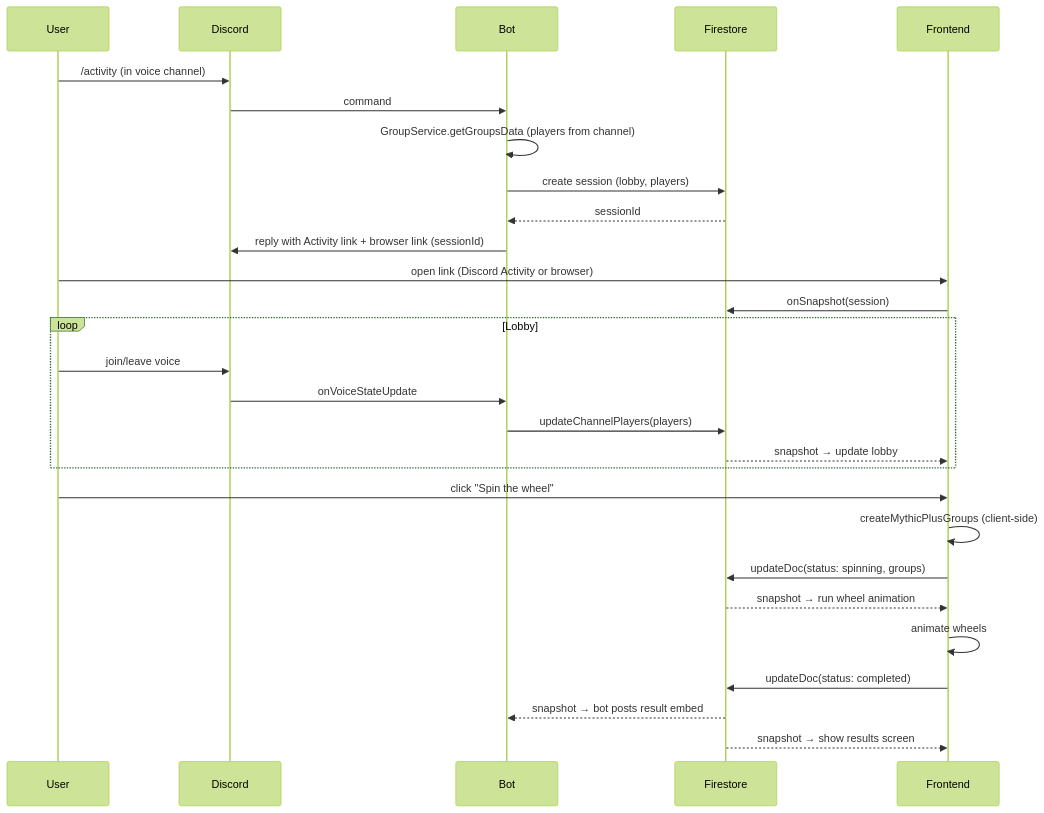
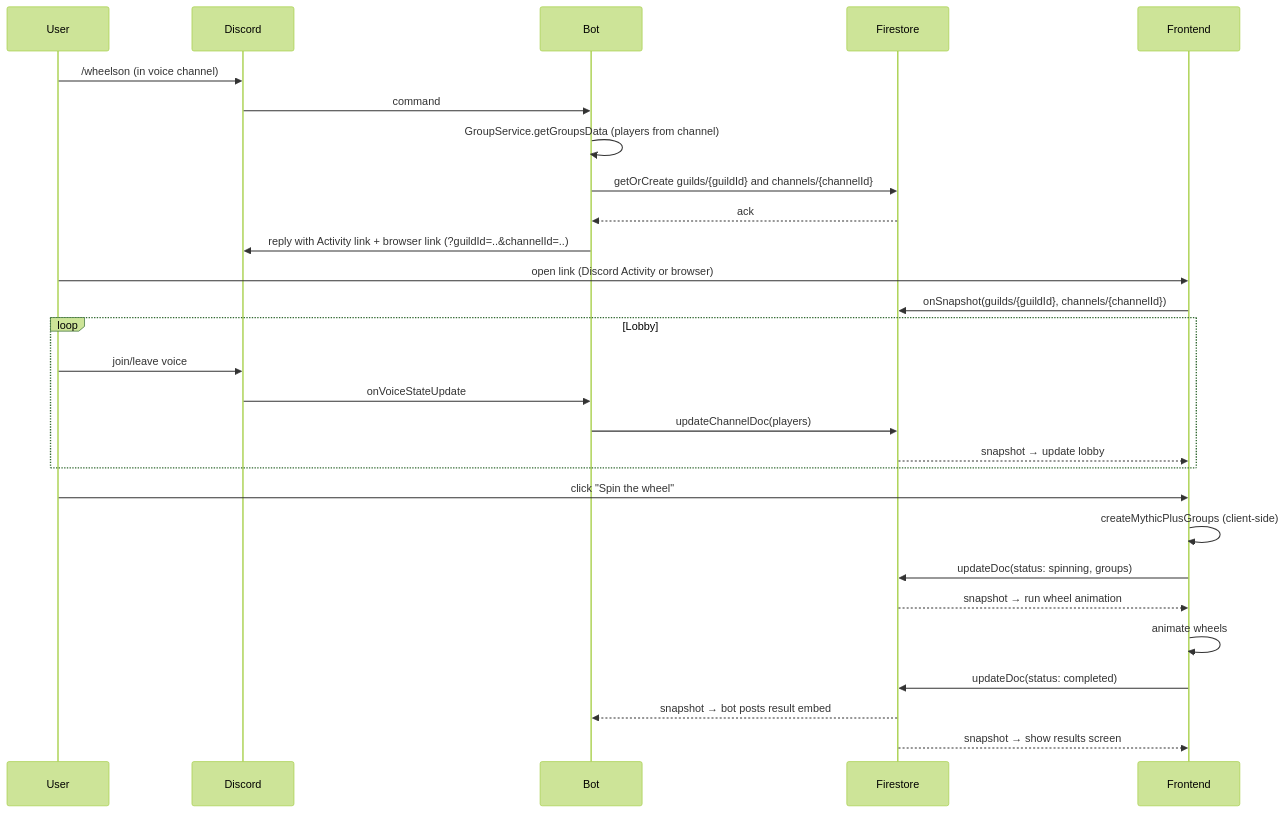
One commit to TytaniumDev/MythicPlusDiscordBot changed the fourth of 5 diagrams in ARCHITECTURE.md. Above: the diagram before and after it, drawn with Mermaid (forest theme). The commit also changed other lines of this file and 3 other files, not shown here.

First line of the commit message:
docs: align ARCHITECTURE/ACTIVITY_SETUP/FIREBASE_SETUP/DEPLOYMENT with repo state (#532)

````diff
--- a/ARCHITECTURE.md
+++ b/ARCHITECTURE.md
@@ -208,33 +253,33 @@
 ```mermaid
 sequenceDiagram
     participant User
     participant Discord
     participant Bot
     participant Firestore
     participant Frontend
 
-    User->>Discord: /activity (in voice channel)
+    User->>Discord: /wheelson (in voice channel)
     Discord->>Bot: command
     Bot->>Bot: GroupService.getGroupsData (players from channel)
-    Bot->>Firestore: create session (lobby, players)
-    Firestore-->>Bot: sessionId
-    Bot->>Discord: reply with Activity link + browser link (sessionId)
+    Bot->>Firestore: getOrCreate guilds/{guildId} and channels/{channelId}
+    Firestore-->>Bot: ack
+    Bot->>Discord: reply with Activity link + browser link (?guildId=..&channelId=..)
     User->>Frontend: open link (Discord Activity or browser)
-    Frontend->>Firestore: onSnapshot(session)
+    Frontend->>Firestore: onSnapshot(guilds/{guildId}, channels/{channelId})
 
     loop Lobby
         User->>Discord: join/leave voice
         Discord->>Bot: onVoiceStateUpdate
-        Bot->>Firestore: updateChannelPlayers(players)
+        Bot->>Firestore: updateChannelDoc(players)
         Firestore-->>Frontend: snapshot → update lobby
     end
 
     User->>Frontend: click "Spin the wheel"
     Frontend->>Frontend: createMythicPlusGroups (client-side)
     Frontend->>Firestore: updateDoc(status: spinning, groups)
     Firestore-->>Frontend: snapshot → run wheel animation
     Frontend->>Frontend: animate wheels
     Frontend->>Firestore: updateDoc(status: completed)
     Firestore-->>Bot: snapshot → bot posts result embed
     Firestore-->>Frontend: snapshot → show results screen
 ```
````
